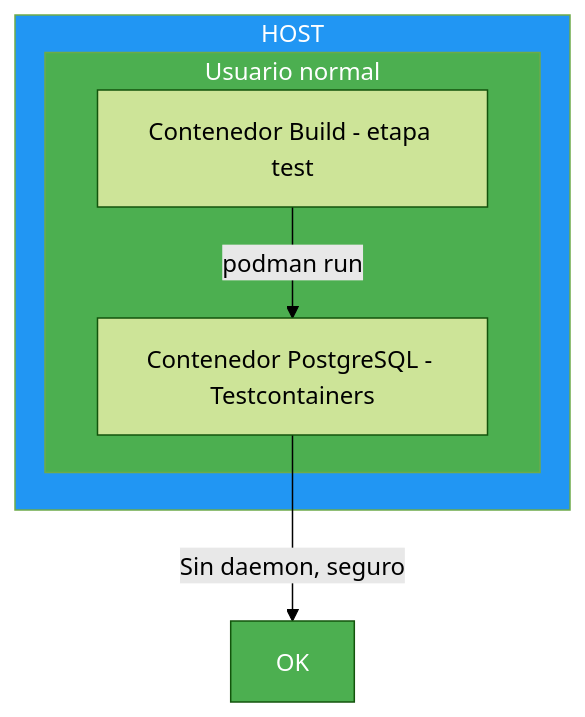
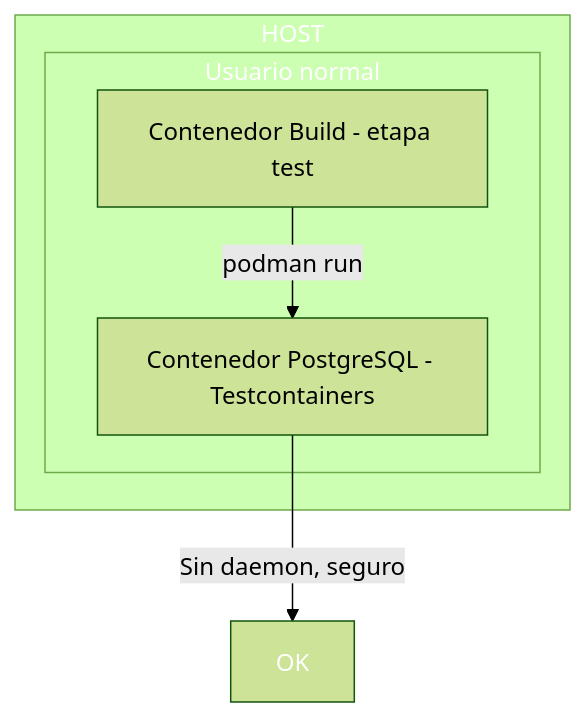
Before and after one commit to joseluisgs/DesarrolloWebEntornosServidor-01-2026-2027: the fourth of 4 diagrams in 23-docker.md, drawn with Mermaid (forest theme). The commit also changed other lines of this file and 66 other files, not shown here.

First line of the commit message:
fix: normalizar titulos al castellano de frase y corregir la paleta de mermaid

````diff
--- a/23-docker.md
+++ b/23-docker.md
@@ -561,14 +561,14 @@
 ```mermaid
 graph TD
     subgraph HOST["HOST"]
         subgraph USER["Usuario normal"]
             A["Contenedor Build - etapa test"] -->|"podman run"| B["Contenedor PostgreSQL - Testcontainers"]
         end
     end
 
     B -->|"Sin daemon, seguro"| C["OK"]
 
-    style HOST fill:#2196F3,color:#fff
-    style USER fill:#4CAF50,color:#fff
-    style C fill:#4CAF50,color:#fff
+    style HOST fill:#2196F,color:#fff3,color:#fff
+    style USER fill:#4CAF5,color:#fff0,color:#fff
+    style C fill:#4CAF5,color:#fff0,color:#fff
 ```
````
